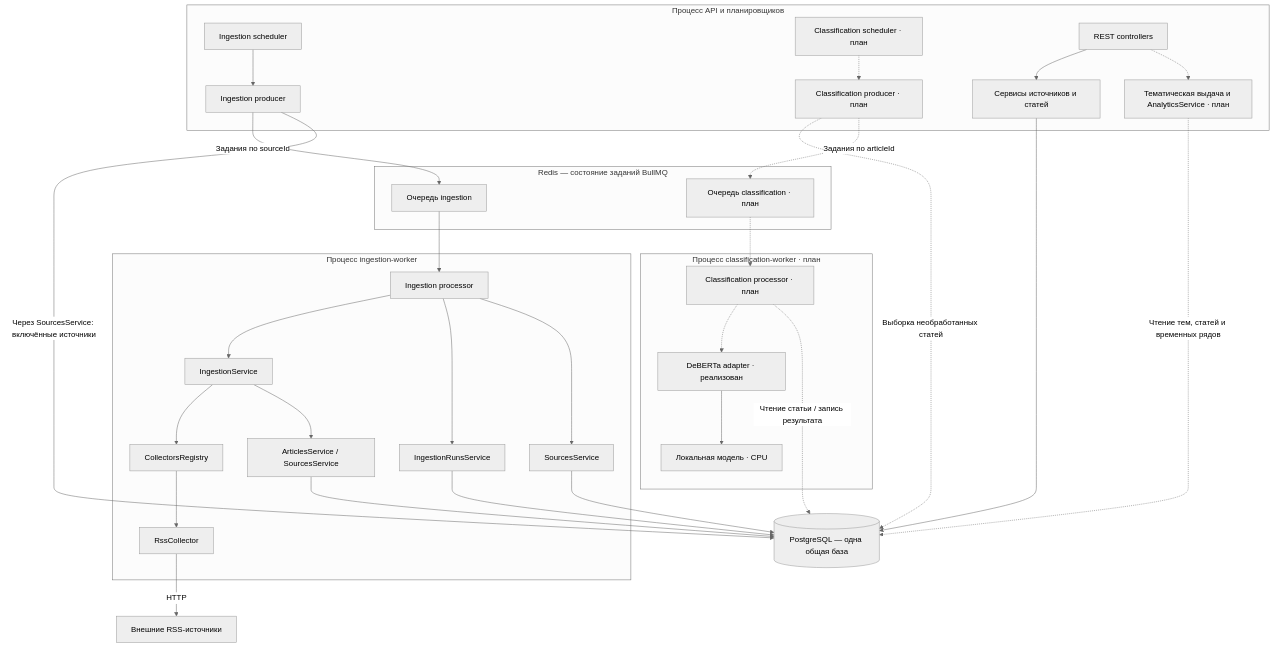
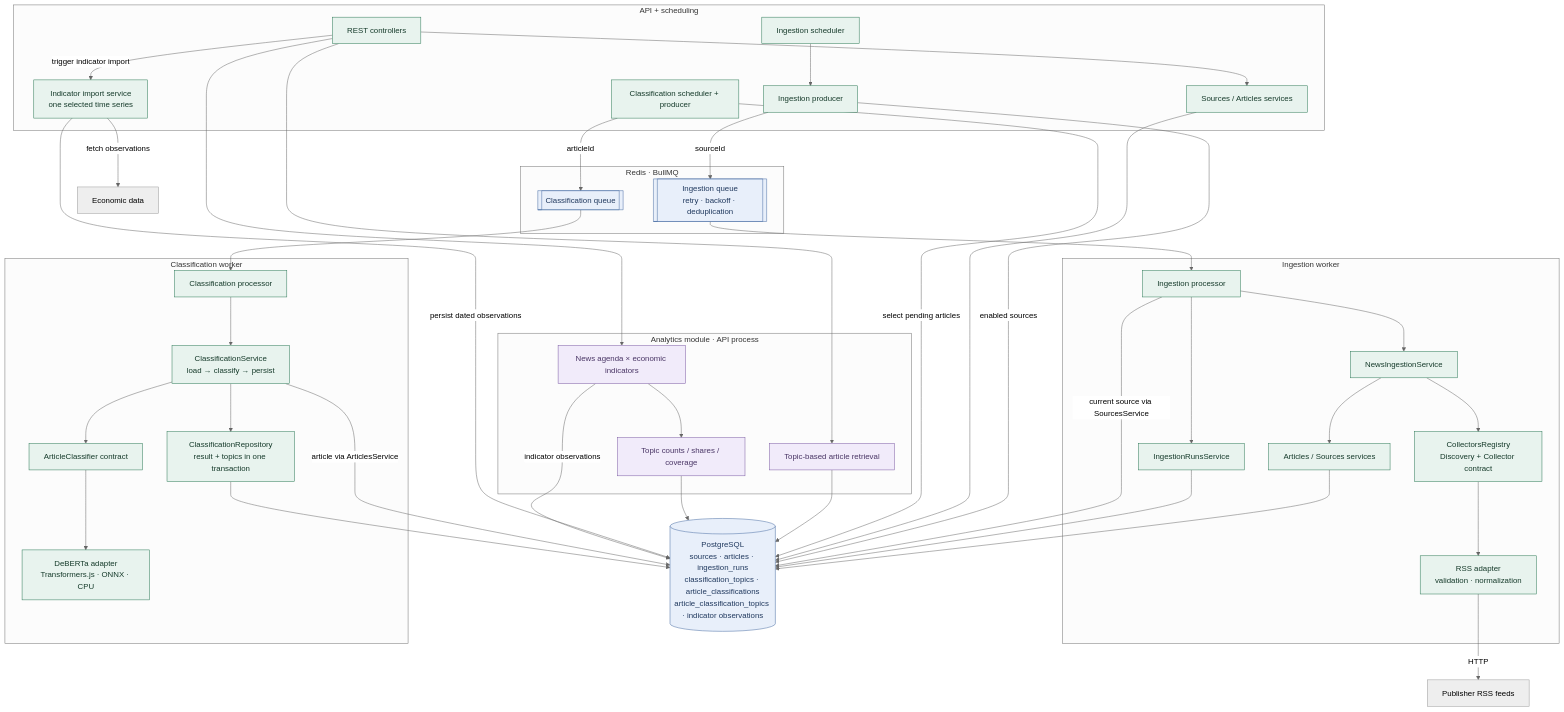
Before and after one commit to naive-algorithm/media-monitor: the diagram in README.md, drawn with Mermaid (neutral theme). The commit also changed other lines of this file and 1 other file, not shown here.

Commit message:
docs: present project scope, target MVP architecture and research roadmap

````diff
--- a/README.md
+++ b/README.md
@@ -53,46 +35,62 @@
 ```mermaid
-flowchart TD
-    subgraph APP["Процесс API и планировщиков"]
-        IS["Ingestion scheduler"] --> IP["Ingestion producer"]
-        CS["Classification scheduler · план"] -.-> CP["Classification producer · план"]
-        API["REST controllers"] --> READ["Сервисы источников и статей"]
-        API -.-> ANALYTICS["Тематическая выдача и AnalyticsService · план"]
+flowchart TB
+    subgraph APP["API + scheduling"]
+        API["REST controllers"] --> READ["Sources / Articles services"]
+        CRON["Ingestion scheduler"] --> PROD["Ingestion producer"]
+        CP["Classification scheduler + producer"]
+        IMPORT["Indicator import service<br/>one selected time series"]
     end
-
-    subgraph REDIS["Redis — состояние заданий BullMQ"]
-        IQ["Очередь ingestion"]
-        CQ["Очередь classification · план"]
+    subgraph REDIS["Redis · BullMQ"]
+        IQ[["Ingestion queue<br/>retry · backoff · deduplication"]]
+        CQ[["Classification queue"]]
     end
-
-    subgraph INGEST["Процесс ingestion-worker"]
-        PROC["Ingestion processor"] --> SERVICE["IngestionService"]
-        PROC --> RUNS["IngestionRunsService"]
-        PROC --> SOURCE["SourcesService"]
-        SERVICE --> REG["CollectorsRegistry"]
-        REG --> RSS["RssCollector"]
-        SERVICE --> SAVE["ArticlesService / SourcesService"]
+    subgraph INGEST["Ingestion worker"]
+        IP["Ingestion processor"] --> IS["NewsIngestionService"]
+        IP --> HIST["IngestionRunsService"]
+        IS --> REG["CollectorsRegistry<br/>Discovery + Collector contract"]
+        REG --> RSS["RSS adapter<br/>validation · normalization"]
+        IS --> SAVE["Articles / Sources services"]
     end
-
-    subgraph CLASSIFY["Процесс classification-worker · план"]
-        CPROC["Classification processor · план"] -.-> ADAPTER["DeBERTa adapter · реализован"]
-        ADAPTER --> MODEL["Локальная модель · CPU"]
+    subgraph CLASSIFY["Classification worker"]
+        PROC["Classification processor"] --> SERVICE["ClassificationService<br/>load → classify → persist"]
+        SERVICE --> CONTRACT["ArticleClassifier contract"]
+        CONTRACT --> MODEL["DeBERTa adapter<br/>Transformers.js · ONNX · CPU"]
+        SERVICE --> REPO["ClassificationRepository<br/>result + topics in one transaction"]
     end
-
-    DB[("PostgreSQL — одна общая база")]
-    FEEDS["Внешние RSS-источники"]
-
-    IP -->|"Задания по sourceId"| IQ
-    IP -->|"Через SourcesService: включённые источники"| DB
-    IQ --> PROC
-    RSS -->|"HTTP"| FEEDS
-    RUNS --> DB
-    SOURCE --> DB
+    subgraph ANALYTICS["Analytics module · API process"]
+        QUERY["Topic-based article retrieval"]
+        SERIES["Topic counts / shares / coverage"]
+        COMPARE["News agenda × economic indicators"]
+        COMPARE --> SERIES
+    end
+    DB[("PostgreSQL<br/>sources · articles · ingestion_runs<br/>classification_topics · article_classifications<br/>article_classification_topics · indicator observations")]
+    FEEDS["Publisher RSS feeds"]
+    IND["Economic data"]
+    PROD -->|sourceId| IQ
+    PROD -->|enabled sources| DB
+    READ --> DB
+    IQ --> IP
+    RSS -->|HTTP| FEEDS
     SAVE --> DB
-    READ --> DB
-
-    CP -. "Выборка необработанных статей" .-> DB
-    CP -. "Задания по articleId" .-> CQ
-    CQ -.-> CPROC
-    CPROC -. "Чтение статьи / запись результата" .-> DB
-    ANALYTICS -. "Чтение тем, статей и временных рядов" .-> DB
+    HIST --> DB
+    IP -->|current source via SourcesService| DB
+    CP -->|articleId| CQ
+    CP -->|select pending articles| DB
+    CQ --> PROC
+    SERVICE -->|article via ArticlesService| DB
+    REPO --> DB
+    API --> QUERY
+    API --> COMPARE
+    API -->|trigger indicator import| IMPORT
+    QUERY --> DB
+    SERIES --> DB
+    IMPORT -->|fetch observations| IND
+    IMPORT -->|persist dated observations| DB
+    COMPARE -->|indicator observations| DB
+    classDef application fill:#e8f3ee,stroke:#287653,color:#163b2b
+    classDef analysis fill:#f1ebfa,stroke:#7857a1,color:#493565
+    classDef storage fill:#e8effa,stroke:#4569a1,color:#20395e
+    class API,READ,CRON,PROD,CP,IP,IS,HIST,REG,RSS,SAVE,PROC,SERVICE,CONTRACT,MODEL,REPO,IMPORT application
+    class QUERY,SERIES,COMPARE analysis
+    class DB,IQ,CQ storage
 ```
````
